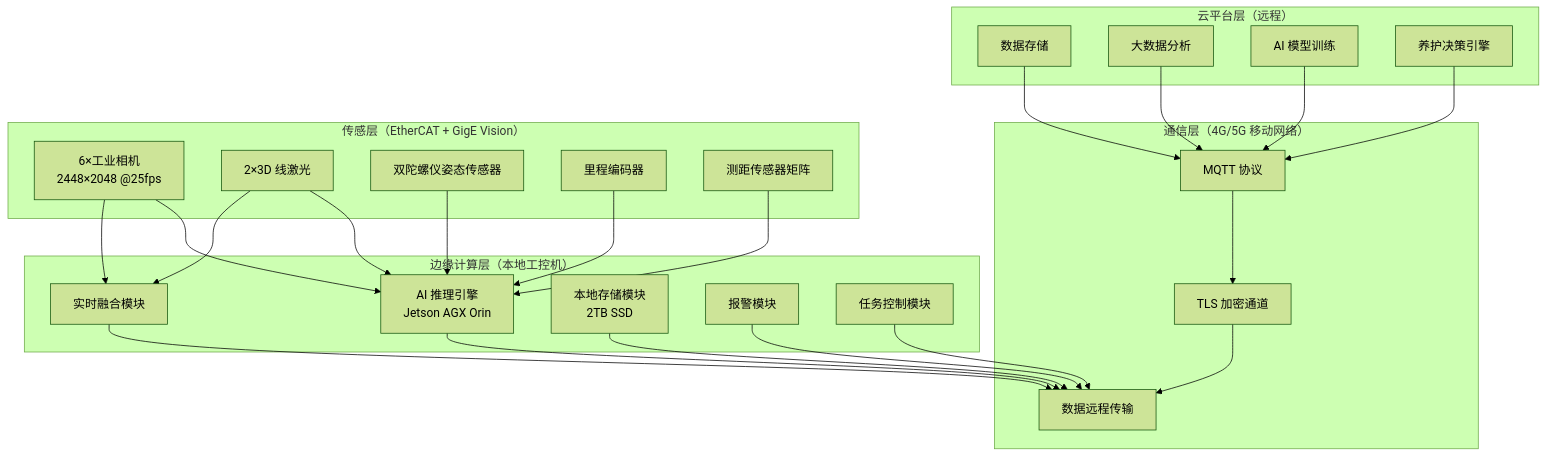
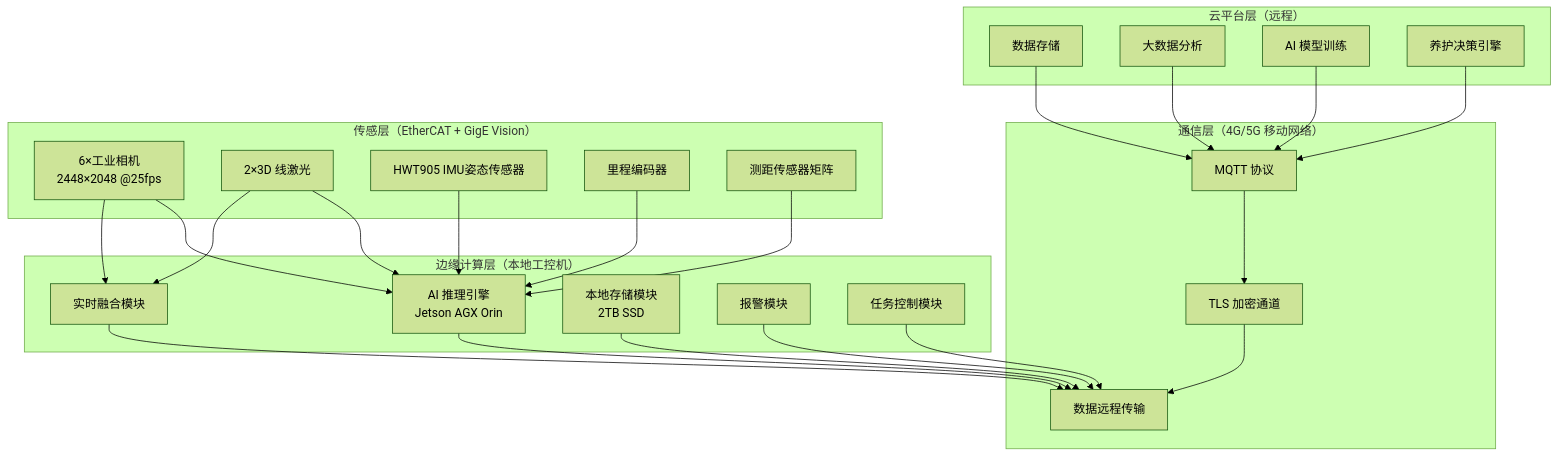
The first of 11 diagrams in 铁路线路智能综合检测机器人/技术文档章节拆分_20260417_0116/铁路线路智能综合检测机器人_技术文档_V3.0_第04章_软件与AI算法架构_20260306_20260417_0116.md (gao66683366-lab/workspace), drawn with Mermaid (forest theme) before and after one commit. The commit also changed other lines of this file and 10 other files, not shown here.

````diff
--- a/铁路线路智能综合检测机器人/技术文档章节拆分_20260417_0116/铁路线路智能综合检测机器人_技术文档_V3.0_第04章_软件与AI算法架构_20260306_20260417_0116.md
+++ b/铁路线路智能综合检测机器人/技术文档章节拆分_20260417_0116/铁路线路智能综合检测机器人_技术文档_V3.0_第04章_软件与AI算法架构_20260306_20260417_0116.md
@@ -9,37 +9,37 @@
 ```mermaid
 graph TB
     subgraph 云平台层["云平台层（远程）"]
         A1["数据存储"]
         A2["大数据分析"]
         A3["AI 模型训练"]
         A4["养护决策引擎"]
     end
 
     subgraph 通信层["通信层（4G/5G 移动网络）"]
         B1["MQTT 协议"]
         B2["TLS 加密通道"]
         B3["数据远程传输"]
     end
 
     subgraph 边缘计算层["边缘计算层（本地工控机）"]
         C1["AI 推理引擎<br/>Jetson AGX Orin"]
         C2["实时融合模块"]
         C3["本地存储模块<br/>2TB SSD"]
         C4["报警模块"]
         C5["任务控制模块"]
     end
 
     subgraph 采集层["传感层（EtherCAT + GigE Vision）"]
         D1["6×工业相机<br/>2448×2048 @25fps"]
         D2["2×3D 线激光"]
-        D3["双陀螺仪姿态传感器"]
+        D3["HWT905 IMU姿态传感器"]
         D4["里程编码器"]
         D5["测距传感器矩阵"]
     end
 
     A1 & A2 & A3 & A4 --> B1
     B1 --> B2 --> B3
     C1 & C2 & C3 & C4 & C5 --> B3
     D1 & D2 & D3 & D4 & D5 --> C1
     D1 & D2 --> C2
 ```
````
